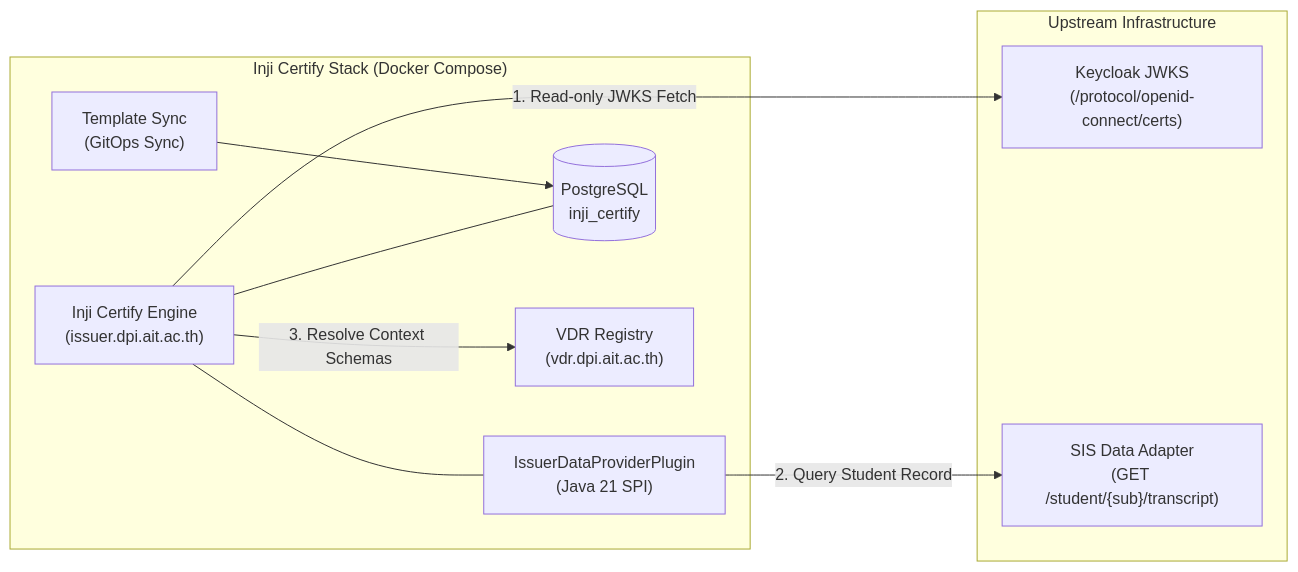
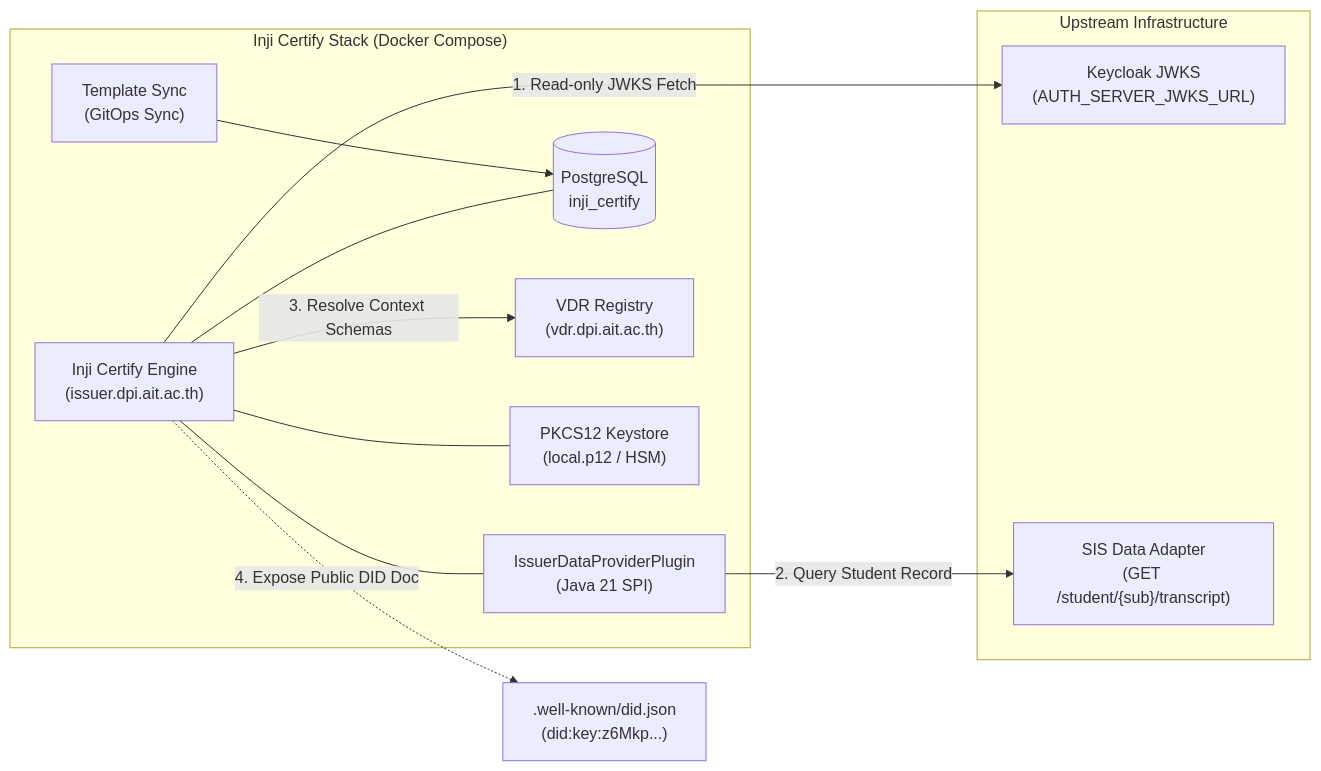
One commit to mosip-asia/ait-issuer-platform changed the diagram in docs/guides/day-0-certify.md. Above: the diagram before and after it, drawn with Mermaid. The commit also changed other lines of this file, not shown here.

Commit message:
docs(guides): add comprehensive did:key and AUTH_SERVER_JWKS_URL configuration to day-0-certify

````diff
--- a/docs/guides/day-0-certify.md
+++ b/docs/guides/day-0-certify.md
@@ -17,22 +19,25 @@
 ```mermaid
 flowchart LR
     subgraph CertifyStack["Inji Certify Stack (Docker Compose)"]
         Certify["Inji Certify Engine<br>(issuer.dpi.ait.ac.th)"]
         Plugin["IssuerDataProviderPlugin<br>(Java 21 SPI)"]
         DB[(PostgreSQL<br>inji_certify)]
         Sync["Template Sync<br>(GitOps Sync)"]
         VDR["VDR Registry<br>(vdr.dpi.ait.ac.th)"]
+        Keystore["PKCS12 Keystore<br>(local.p12 / HSM)"]
         Certify --- Plugin
         Certify --- DB
+        Certify --- Keystore
         Sync --> DB
     end
 
     subgraph Upstream["Upstream Infrastructure"]
-        JWKS["Keycloak JWKS<br>(/protocol/openid-connect/certs)"]
+        JWKS["Keycloak JWKS<br>(AUTH_SERVER_JWKS_URL)"]
         Adapter["SIS Data Adapter<br>(GET /student/{sub}/transcript)"]
     end
 
     Certify -->|"1. Read-only JWKS Fetch"| JWKS
     Plugin -->|"2. Query Student Record"| Adapter
     Certify -->|"3. Resolve Context Schemas"| VDR
+    Certify -.->|"4. Expose Public DID Doc"| DID[".well-known/did.json<br>(did:key:z6Mkp...)"]
 ```
````
